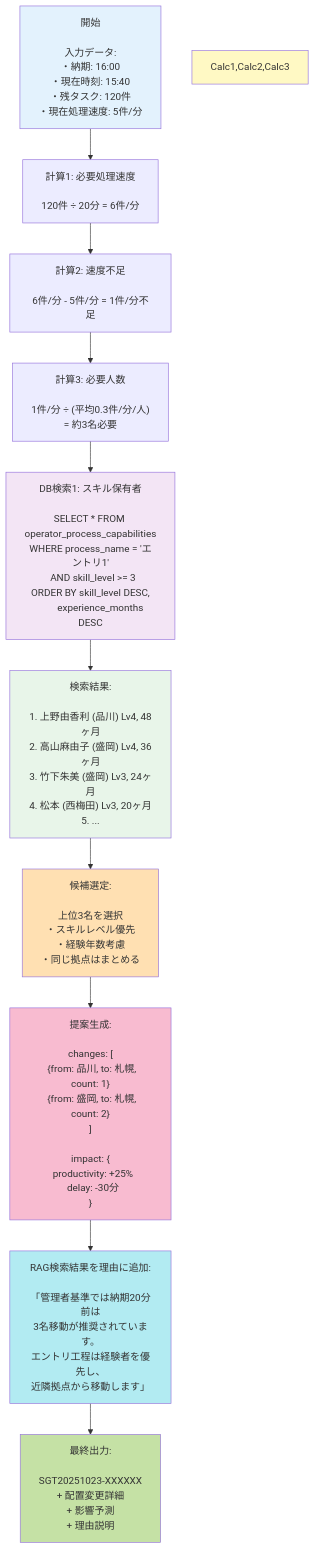
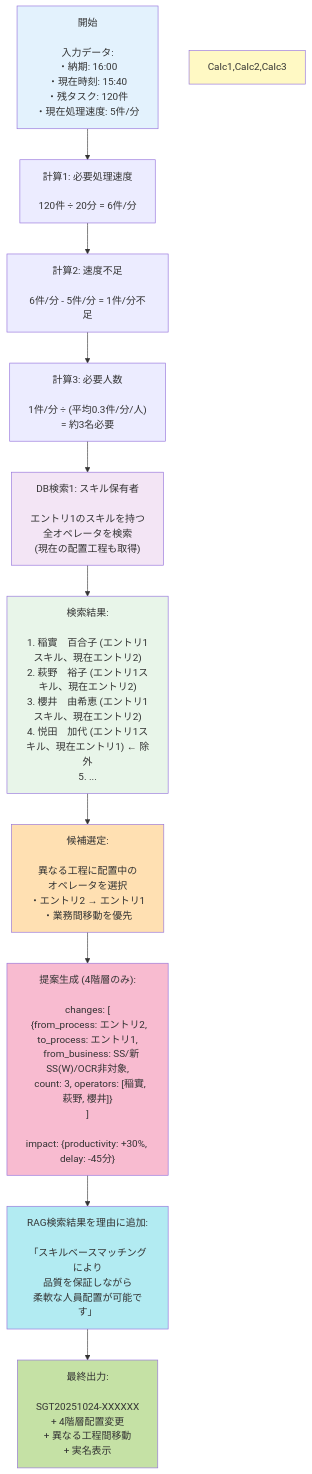
The fourth of 5 diagrams in SYSTEM_OVERVIEW.md (EraX-1/aimee-fe), drawn with Mermaid before and after one commit. The commit also changed other lines of this file and 2 other files, not shown here.

````diff
--- a/SYSTEM_OVERVIEW.md
+++ b/SYSTEM_OVERVIEW.md
@@ -222,41 +222,41 @@
 ```mermaid
 flowchart TD
     Start["開始<br/><br/>入力データ:<br/>・納期: 16:00<br/>・現在時刻: 15:40<br/>・残タスク: 120件<br/>・現在処理速度: 5件/分"]
 
     Calc1["計算1: 必要処理速度<br/><br/>120件 ÷ 20分 = 6件/分"]
 
     Calc2["計算2: 速度不足<br/><br/>6件/分 - 5件/分 = 1件/分不足"]
 
     Calc3["計算3: 必要人数<br/><br/>1件/分 ÷ (平均0.3件/分/人)<br/>= 約3名必要"]
 
-    Query1["DB検索1: スキル保有者<br/><br/>SELECT * FROM operator_process_capabilities<br/>WHERE process_name = 'エントリ1'<br/>  AND skill_level >= 3<br/>ORDER BY skill_level DESC,<br/>         experience_months DESC"]
+    Query1["DB検索1: スキル保有者<br/><br/>エントリ1のスキルを持つ<br/>全オペレータを検索<br/>(現在の配置工程も取得)"]
 
-    Result1["検索結果:<br/><br/>1. 上野由香利 (品川) Lv4, 48ヶ月<br/>2. 高山麻由子 (盛岡) Lv4, 36ヶ月<br/>3. 竹下朱美 (盛岡) Lv3, 24ヶ月<br/>4. 松本 (西梅田) Lv3, 20ヶ月<br/>5. ..."]
+    Result1["検索結果:<br/><br/>1. 稲實　百合子 (エントリ1スキル、現在エントリ2)<br/>2. 萩野　裕子 (エントリ1スキル、現在エントリ2)<br/>3. 櫻井　由希恵 (エントリ1スキル、現在エントリ2)<br/>4. 悦田　加代 (エントリ1スキル、現在エントリ1) ← 除外<br/>5. ..."]
 
-    Select["候補選定:<br/><br/>上位3名を選択<br/>・スキルレベル優先<br/>・経験年数考慮<br/>・同じ拠点はまとめる"]
+    Select["候補選定:<br/><br/>異なる工程に配置中の<br/>オペレータを選択<br/>・エントリ2 → エントリ1<br/>・業務間移動を優先"]
 
-    Generate["提案生成:<br/><br/>changes: [<br/>  {from: 品川, to: 札幌, count: 1}<br/>  {from: 盛岡, to: 札幌, count: 2}<br/>]<br/><br/>impact: {<br/>  productivity: +25%<br/>  delay: -30分<br/>}"]
+    Generate["提案生成 (4階層のみ):<br/><br/>changes: [<br/>  {from_process: エントリ2, to_process: エントリ1,<br/>   from_business: SS/新SS(W)/OCR非対象,<br/>   count: 3, operators: [稲實, 萩野, 櫻井]}<br/>]<br/><br/>impact: {productivity: +30%, delay: -45分}"]
 
-    RAG["RAG検索結果を理由に追加:<br/><br/>「管理者基準では納期20分前は<br/>3名移動が推奨されています。<br/>エントリ工程は経験者を優先し、<br/>近隣拠点から移動します」"]
+    RAG["RAG検索結果を理由に追加:<br/><br/>「スキルベースマッチングにより<br/>品質を保証しながら<br/>柔軟な人員配置が可能です」"]
 
-    Output["最終出力:<br/><br/>SGT20251023-XXXXXX<br/>+ 配置変更詳細<br/>+ 影響予測<br/>+ 理由説明"]
+    Output["最終出力:<br/><br/>SGT20251024-XXXXXX<br/>+ 4階層配置変更<br/>+ 異なる工程間移動<br/>+ 実名表示"]
 
     Start --> Calc1
     Calc1 --> Calc2
     Calc2 --> Calc3
     Calc3 --> Query1
     Query1 --> Result1
     Result1 --> Select
     Select --> Generate
     Generate --> RAG
     RAG --> Output
 
     style Start fill:#e3f2fd
     style Calc1,Calc2,Calc3 fill:#fff9c4
     style Query1 fill:#f3e5f5
     style Result1 fill:#e8f5e9
     style Select fill:#ffe0b2
     style Generate fill:#f8bbd0
     style RAG fill:#b2ebf2
     style Output fill:#c5e1a5
 ```
````
